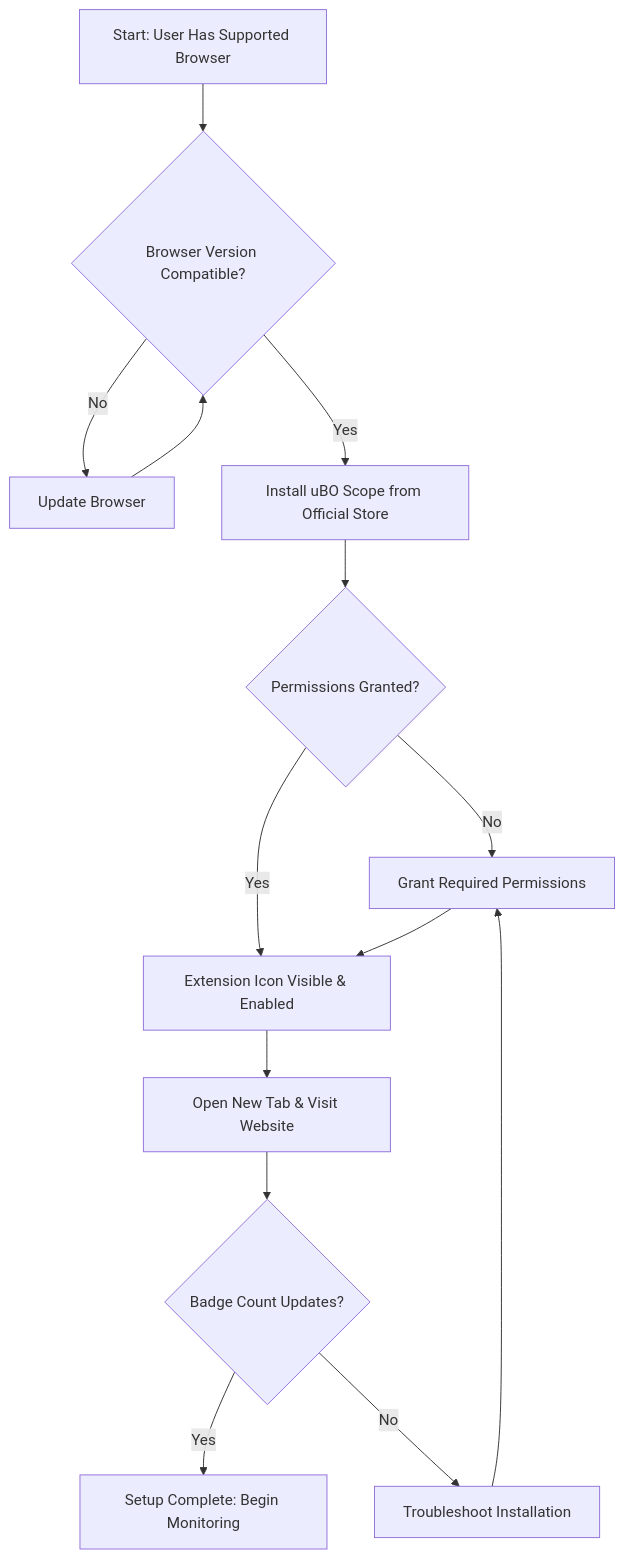
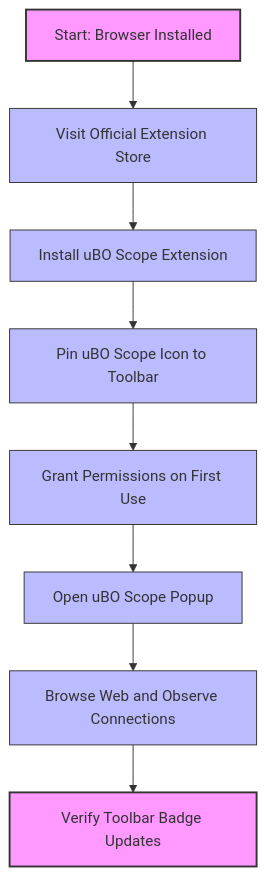
One commit to clidey/docucod-public-project-adf15a81-508f-4f0d-9083-12549e1f66a0 changed the diagram in guides/getting-started-essentials/install-and-setup.mdx. Above: the diagram before and after it, drawn with Mermaid. The commit also changed other lines of this file and 17 other files, not shown here.

````diff
--- a/guides/getting-started-essentials/install-and-setup.mdx
+++ b/guides/getting-started-essentials/install-and-setup.mdx
@@ -168,16 +167,19 @@
 ```mermaid
 flowchart TD
-    A[Start: User Has Supported Browser] --> B{Browser Version Compatible?}
-    B -->|No| C[Update Browser]
-    B -->|Yes| D[Install uBO Scope from Official Store]
-    D --> E{Permissions Granted?}
-    E -->|No| F[Grant Required Permissions]
-    E -->|Yes| G[Extension Icon Visible & Enabled]
-    F --> G
-    G --> H[Open New Tab & Visit Website]
-    H --> I{Badge Count Updates?}
-    I -->|Yes| J[Setup Complete: Begin Monitoring]
-    I -->|No| K[Troubleshoot Installation]
-    C --> B
-    K --> F
+
+  A[Start: Browser Installed]
+  B[Visit Official Extension Store]
+  C[Install uBO Scope Extension]
+  D[Pin uBO Scope Icon to Toolbar]
+  E[Grant Permissions on First Use]
+  F[Open uBO Scope Popup]
+  G[Browse Web and Observe Connections]
+  H[Verify Toolbar Badge Updates]
+
+  A --> B --> C --> D --> E --> F --> G --> H
+
+  classDef startend fill:#f9f,stroke:#333,stroke-width:2px;
+  classDef process fill:#bbf,stroke:#333,stroke-width:1px;
+  class A,H startend;
+  class B,C,D,E,F,G process;
 ```
````
